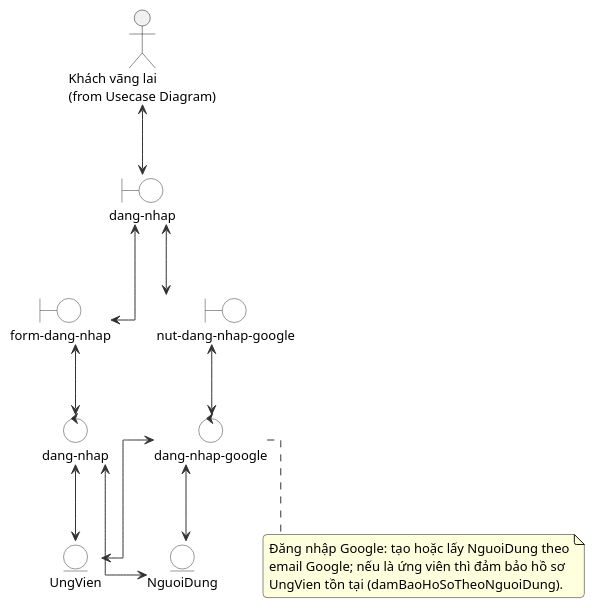
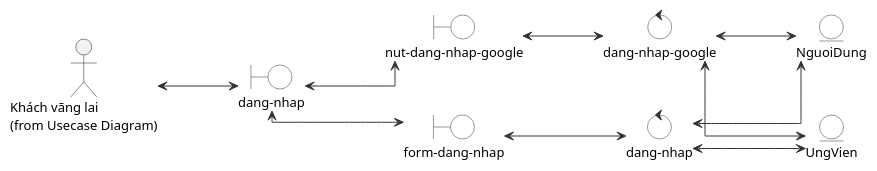
One commit to hole-six/DoAn changed the diagram in docs/so-do/04-robustness/02-robustness-dang-nhap.puml. Above: the diagram before and after it, drawn with PlantUML. The commit also changed 24 other files, not shown here.

```diff
--- a/docs/so-do/04-robustness/02-robustness-dang-nhap.puml
+++ b/docs/so-do/04-robustness/02-robustness-dang-nhap.puml
@@ -1,67 +1,55 @@
 @startuml
 skinparam defaultFontName "Segoe UI"
 skinparam defaultFontSize 13
 skinparam shadowing false
 skinparam linetype ortho
-skinparam nodesep 45
-skinparam ranksep 70
-top to bottom direction
+skinparam nodesep 50
+skinparam ranksep 80
+left to right direction
 skinparam actorStyle stick
 skinparam roundcorner 8
 skinparam ArrowColor #333333
 skinparam rectangleBorderColor #333333
 skinparam boundary {
   BackgroundColor White
   BorderColor #333333
 }
 skinparam control {
   BackgroundColor White
   BorderColor #333333
 }
 skinparam entity {
   BackgroundColor White
   BorderColor #333333
 }
 
 actor "Khách vãng lai\n(from Usecase Diagram)" as Actor
 
-' ── Lớp boundary (màn hình) ──
 together {
   boundary "dang-nhap" as UI
   boundary "form-dang-nhap" as Form
   boundary "nut-dang-nhap-google" as GoogleBtn
 }
 
-' ── Lớp control (xử lý) ──
 together {
   control "dang-nhap" as Controller
   control "dang-nhap-google" as GoogleCtrl
 }
 
-' ── Lớp entity (dữ liệu) ──
 together {
   entity "NguoiDung" as NguoiDung
   entity "UngVien" as UngVien
 }
 
-' ── Quan hệ actor ↔ boundary ──
 Actor <--> UI
 
-' ── boundary ↔ boundary / control ──
 UI <--> Form
 UI <--> GoogleBtn
 Form <--> Controller
 GoogleBtn <--> GoogleCtrl
 
-' ── control ↔ entity ──
 Controller <--> NguoiDung
 Controller <--> UngVien
 GoogleCtrl <--> NguoiDung
 GoogleCtrl <--> UngVien
-
-note bottom of GoogleCtrl
-  Đăng nhập Google: tạo hoặc lấy NguoiDung theo
-  email Google; nếu là ứng viên thì đảm bảo hồ sơ
-  UngVien tồn tại (damBaoHoSoTheoNguoiDung).
-end note
 @enduml
```
